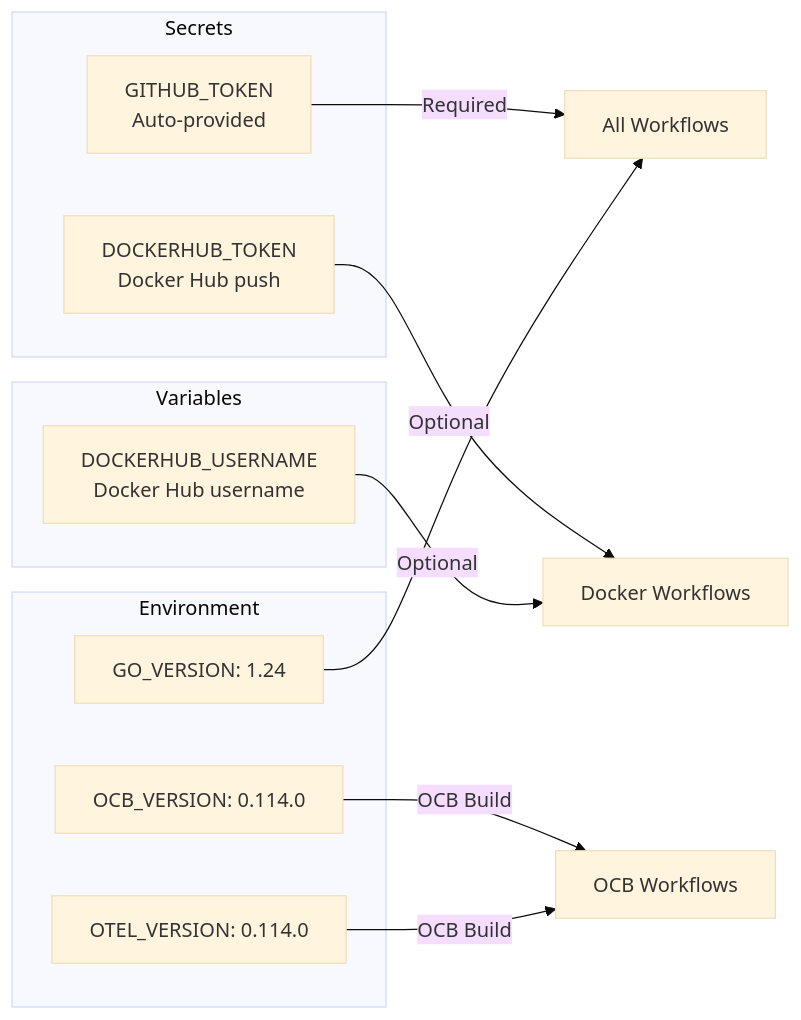
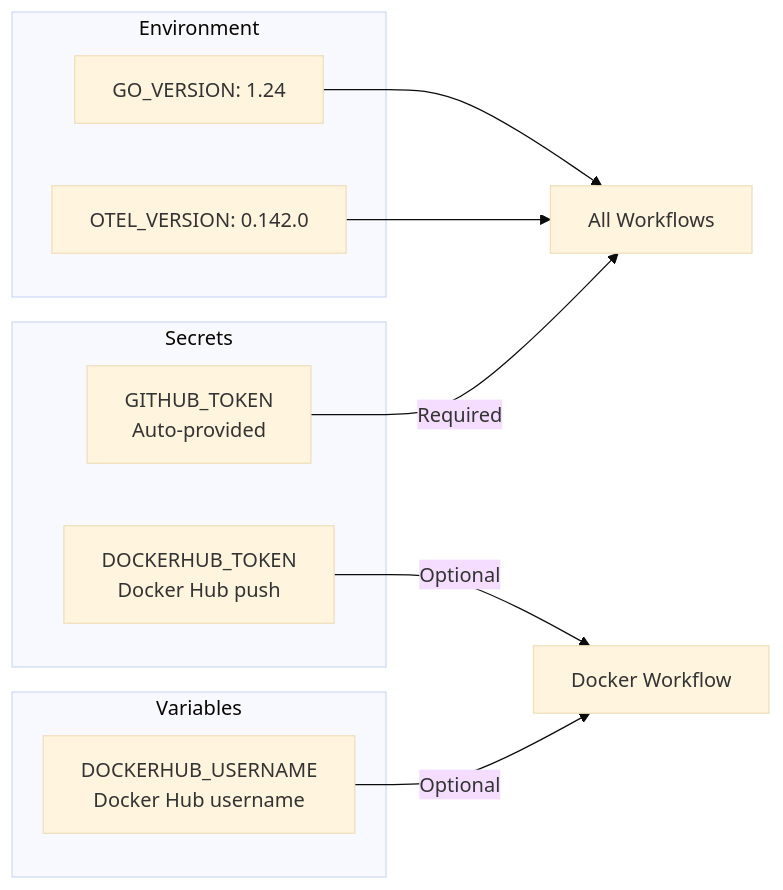
Before and after one commit to telemetryflow/telemetryflow-collector: the tenth of 13 diagrams in docs/GITHUB-WORKFLOWS.md, drawn with Mermaid (base theme). The commit also changed other lines of this file and 126 other files, not shown here.

````diff
--- a/docs/GITHUB-WORKFLOWS.md
+++ b/docs/GITHUB-WORKFLOWS.md
@@ -700,24 +352,22 @@
 ```mermaid
 flowchart LR
     subgraph "Secrets"
         GH[GITHUB_TOKEN<br/>Auto-provided]
         DH[DOCKERHUB_TOKEN<br/>Docker Hub push]
     end
 
     subgraph "Variables"
         DHU[DOCKERHUB_USERNAME<br/>Docker Hub username]
     end
 
     subgraph "Environment"
         GO[GO_VERSION: 1.24]
-        OCB[OCB_VERSION: 0.114.0]
-        OTEL[OTEL_VERSION: 0.114.0]
+        OTEL[OTEL_VERSION: 0.142.0]
     end
 
     GH --> |Required| ALL[All Workflows]
-    DH --> |Optional| DOCKER[Docker Workflows]
+    DH --> |Optional| DOCKER[Docker Workflow]
     DHU --> |Optional| DOCKER
     GO --> ALL
-    OCB --> |OCB Build| OCB_WF[OCB Workflows]
-    OTEL --> |OCB Build| OCB_WF
+    OTEL --> ALL
 ```
````
